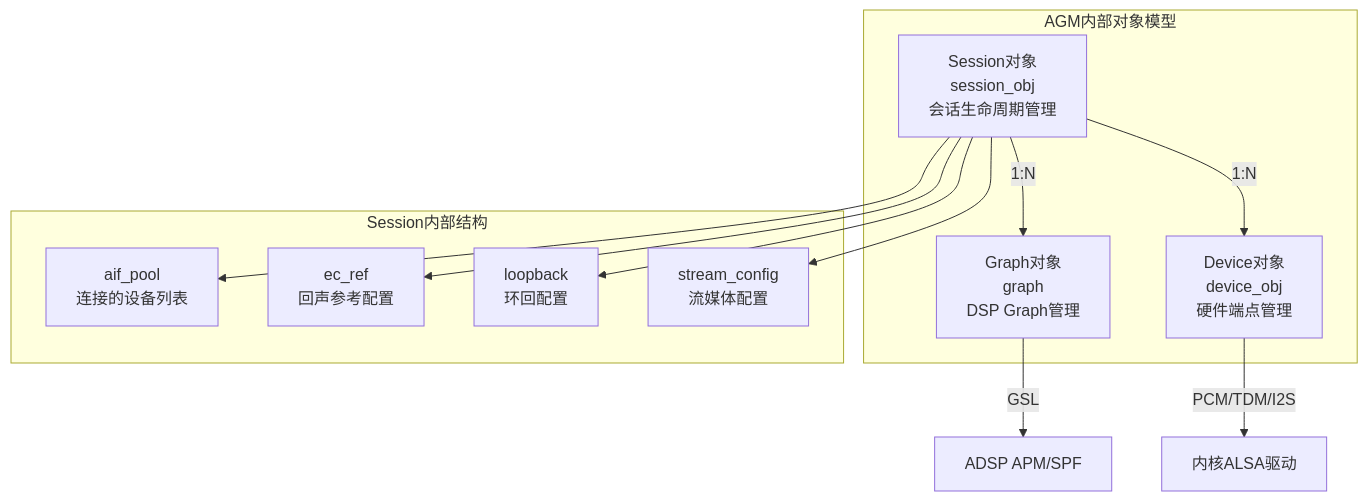
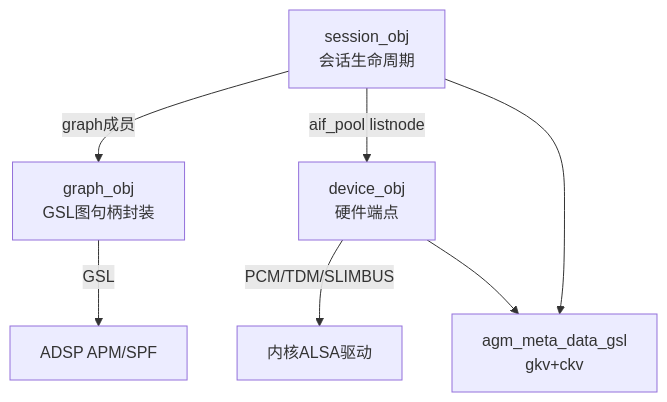
Before and after one commit to yanglinzhen1022/SA8295_AAOS_QNX_Audio_KnowledgeBase: the second of 4 diagrams in 16_Vendor_QNX_Architecture/16_16.10_AGMAudio_Graph_Manager深度解.md, drawn with Mermaid. The commit also changed other lines of this file and 48 other files, not shown here.

````diff
--- a/16_Vendor_QNX_Architecture/16_16.10_AGMAudio_Graph_Manager深度解.md
+++ b/16_Vendor_QNX_Architecture/16_16.10_AGMAudio_Graph_Manager深度解.md
@@ -164,25 +193,14 @@
 ```mermaid
 graph TB
-    subgraph AGM_Internal["AGM内部对象模型"]
-        SESSION_OBJ["Session对象<br/>session_obj<br/>会话生命周期管理"]
-        GRAPH_OBJ["Graph对象<br/>graph<br/>DSP Graph管理"]
-        DEVICE_OBJ["Device对象<br/>device_obj<br/>硬件端点管理"]
-    end
+    SESSION_OBJ["session_obj<br/>会话生命周期"]
+    GRAPH_OBJ["graph_obj<br/>GSL图句柄封装"]
+    DEVICE_OBJ["device_obj<br/>硬件端点"]
 
-    SESSION_OBJ -->|1:N| GRAPH_OBJ
-    SESSION_OBJ -->|1:N| DEVICE_OBJ
+    SESSION_OBJ -->|graph成员| GRAPH_OBJ
+    SESSION_OBJ -->|aif_pool listnode| DEVICE_OBJ
     GRAPH_OBJ -->|GSL| DSP_ADSP[ADSP APM/SPF]
-    DEVICE_OBJ -->|PCM/TDM/I2S| KERNEL_DRV[内核ALSA驱动]
+    DEVICE_OBJ -->|PCM/TDM/SLIMBUS| KERNEL_DRV[内核ALSA驱动]
 
-    subgraph Session_Internal["Session内部结构"]
-        AIF_POOL["aif_pool<br/>连接的设备列表"]
-        EC_REF["ec_ref<br/>回声参考配置"]
-        LOOPBACK["loopback<br/>环回配置"]
-        STREAM_CFG["stream_config<br/>流媒体配置"]
-    end
-
-    SESSION_OBJ --> AIF_POOL
-    SESSION_OBJ --> EC_REF
-    SESSION_OBJ --> LOOPBACK
-    SESSION_OBJ --> STREAM_CFG
+    SESSION_OBJ --> META["agm_meta_data_gsl<br/>gkv+ckv"]
+    DEVICE_OBJ --> META
 ```
````
